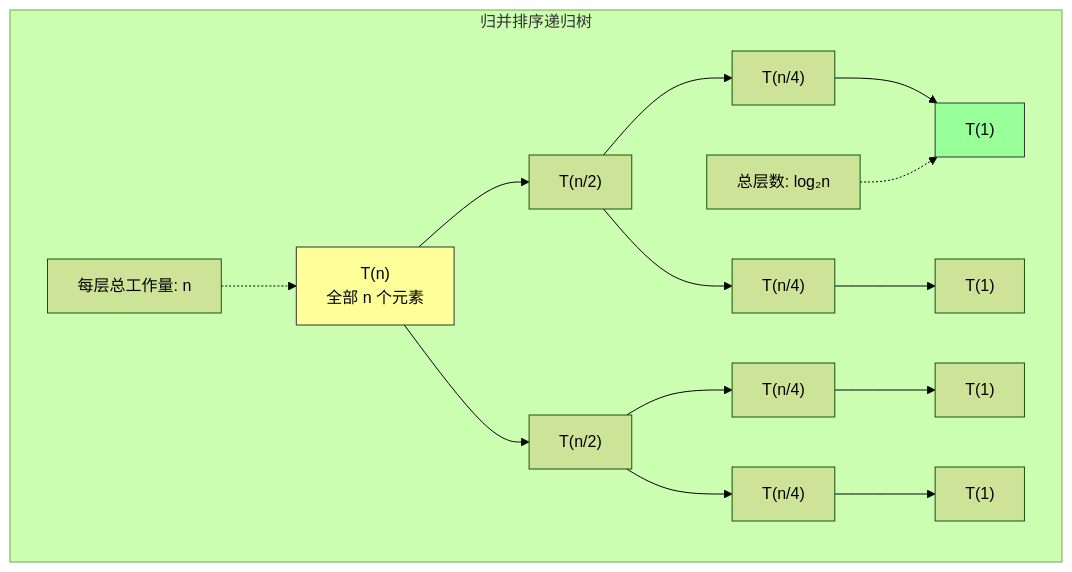
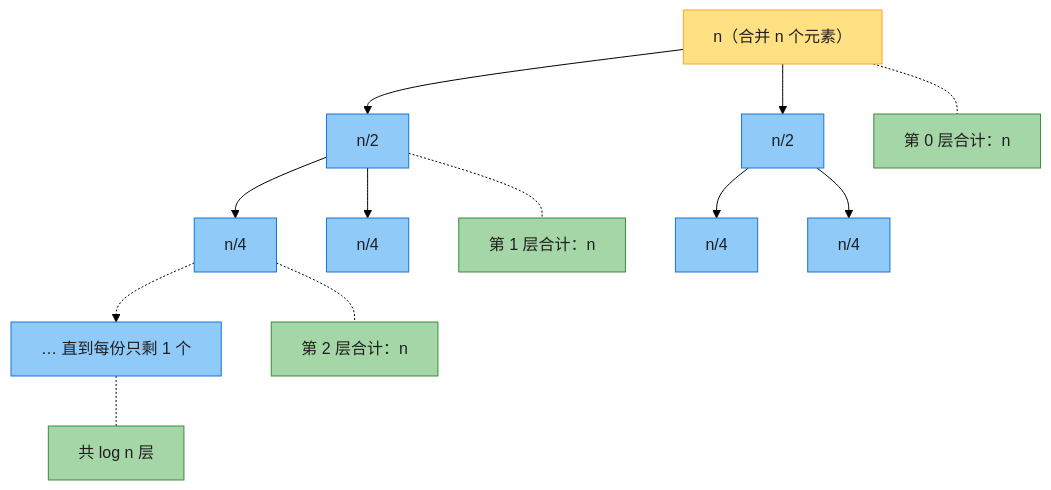
One commit to socoo123/book_reading changed the second of 7 diagrams in IntroductionToAlgorithms/Chapter04_分治策略_深度版.md. Above: the diagram before and after it, drawn with Mermaid (forest theme). The commit also changed other lines of this file and 30 other files, not shown here.

````diff
--- a/IntroductionToAlgorithms/Chapter04_分治策略_深度版.md
+++ b/IntroductionToAlgorithms/Chapter04_分治策略_深度版.md
@@ -280,19 +36,19 @@
 ```mermaid
 graph TD
-    subgraph 归并排序递归树
-    Level0["T(n)<br/>全部 n 个元素"] --> Level1a["T(n/2)"] & Level1b["T(n/2)"]
-    Level1a --> Level2a1["T(n/4)"] & Level2a2["T(n/4)"]
-    Level1b --> Level2b1["T(n/4)"] & Level2b2["T(n/4)"]
+    r["n（合并 n 个元素）"] --> l1["n/2"] & r1["n/2"]
+    l1 --> q1["n/4"] & q2["n/4"]
+    r1 --> q3["n/4"] & q4["n/4"]
+    q1 -.-> dots["… 直到每份只剩 1 个"]
 
-    Level2a1 --> Leaf1["T(1)"]
-    Level2a2 --> Leaf2["T(1)"]
-    Level2b1 --> Leaf3["T(1)"]
-    Level2b2 --> Leaf4["T(1)"]
+    r -.- s0["第 0 层合计：n"]
+    l1 -.- s1["第 1 层合计：n"]
+    q1 -.- s2["第 2 层合计：n"]
+    dots -.- s3["共 log n 层"]
 
-    Note1["每层总工作量: n"] -.-> Level0
-    Note2["总层数: log₂n"] -.-> Leaf1
-    end
-
-    style Level0 fill:#ff9,stroke:#333
-    style Leaf1 fill:#9f9,stroke:#333
+    classDef root fill:#FFE082,stroke:#F9A825,color:#1f1f1f
+    classDef node fill:#90CAF9,stroke:#1976D2,color:#1f1f1f
+    classDef sum fill:#A5D6A7,stroke:#388E3C,color:#1f1f1f
+    class r root
+    class l1,r1,q1,q2,q3,q4,dots node
+    class s0,s1,s2,s3 sum
 ```
````
